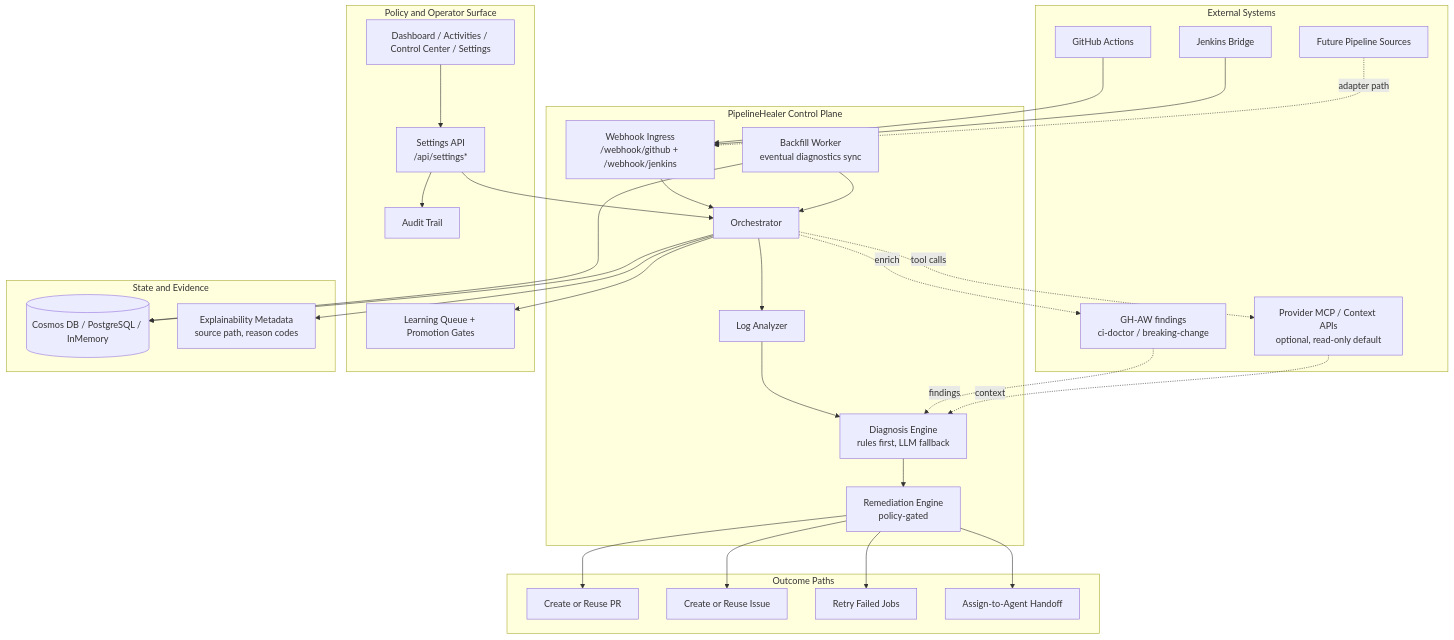
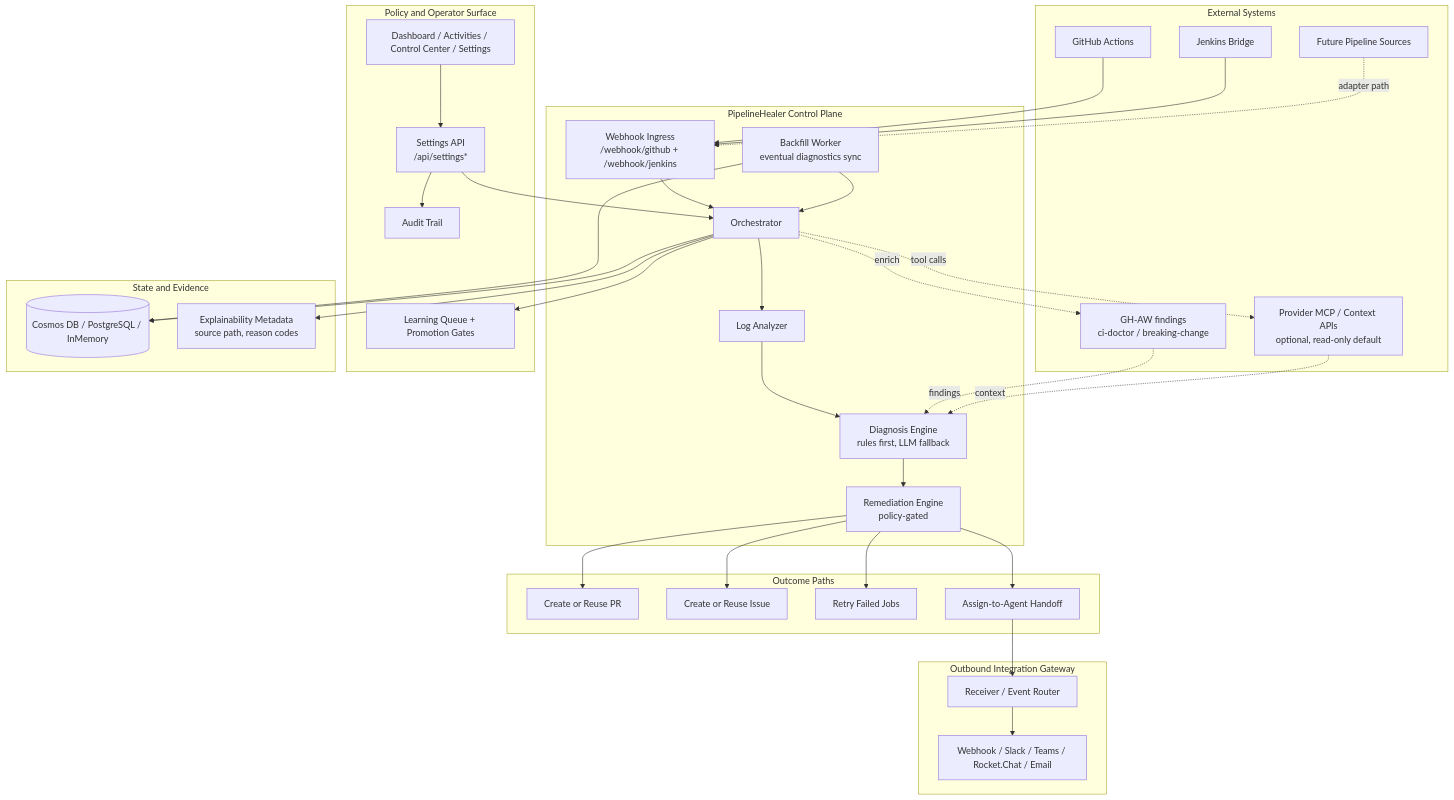
One commit to Canepro/pipelinehealer changed the first of 2 diagrams in README.md. Above: the diagram before and after it, drawn with Mermaid. The commit also changed other lines of this file and 44 other files, not shown here.

First line of the commit message:
Align v0.5.0 readiness docs, deploy config, and email sink (#90)

````diff
--- a/README.md
+++ b/README.md
@@ -207,60 +211,66 @@
 ```mermaid
 flowchart TB
   subgraph EXT["External Systems"]
     GH["GitHub Actions"]
     JN["Jenkins Bridge"]
     GHAW["GH-AW findings<br/>ci-doctor / breaking-change"]
     MCP["Provider MCP / Context APIs<br/>optional, read-only default"]
     OTH["Future Pipeline Sources"]
   end
 
   subgraph CTRL["PipelineHealer Control Plane"]
     WH["Webhook Ingress<br/>/webhook/github + /webhook/jenkins"]
     ORCH["Orchestrator"]
     ANA["Log Analyzer"]
     DIA["Diagnosis Engine<br/>rules first, LLM fallback"]
     REM["Remediation Engine<br/>policy-gated"]
     BF["Backfill Worker<br/>eventual diagnostics sync"]
   end
 
   subgraph GOV["Policy and Operator Surface"]
     UI["Dashboard / Activities / Control Center / Settings"]
     API["Settings API<br/>/api/settings*"]
     AUD["Audit Trail"]
     LRN["Learning Queue + Promotion Gates"]
   end
 
   subgraph DATA["State and Evidence"]
     DB[("Cosmos DB / PostgreSQL / InMemory")]
     EXP["Explainability Metadata<br/>source path, reason codes"]
   end
 
   subgraph OUT["Outcome Paths"]
     PR["Create or Reuse PR"]
     IS["Create or Reuse Issue"]
     RR["Retry Failed Jobs"]
     HO["Assign-to-Agent Handoff"]
   end
 
+  subgraph GATE["Outbound Integration Gateway"]
+    RECV["Receiver / Event Router"]
+    SINK["Webhook / Slack / Teams / Rocket.Chat / Email"]
+  end
+
   GH --> WH --> ORCH
   JN --> WH
   OTH -. adapter path .-> WH
   ORCH --> ANA --> DIA --> REM
   REM --> PR
   REM --> IS
   REM --> RR
   REM --> HO
+  HO --> RECV --> SINK
 
   ORCH -. enrich .-> GHAW
   GHAW -. findings .-> DIA
   ORCH -. tool calls .-> MCP
   MCP -. context .-> DIA
 
   UI --> API --> ORCH
   API --> AUD
   ORCH --> LRN
   BF --> ORCH
   BF --> DB
   ORCH --> DB
   ORCH --> EXP
 ```
````
